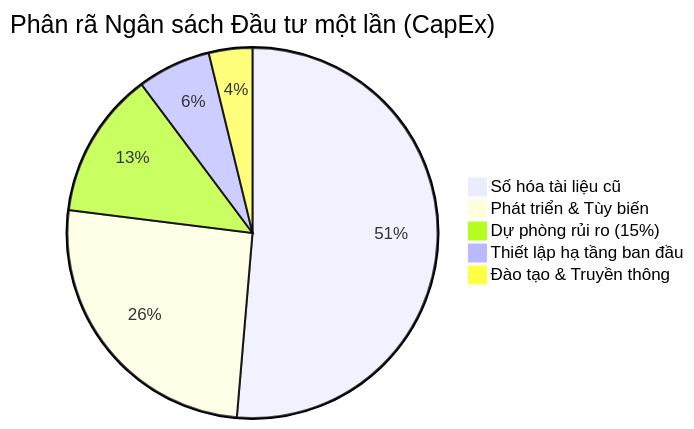
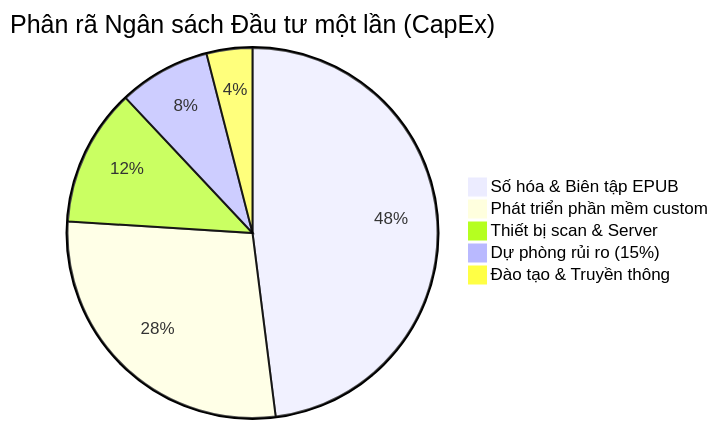
Before and after one commit to se-bros/hcmus-projectmanage--lab: the diagram in docs/images/capex_breakdown.mmd, drawn with Mermaid. The commit also changed other lines of this file and 44 other files, not shown here.

Commit message:
feat: initialize project documentation and agent reference files with accompanying diagrams and PDF exports

```diff
--- a/docs/images/capex_breakdown.mmd
+++ b/docs/images/capex_breakdown.mmd
@@ -1,6 +1,6 @@
 pie title Phân rã Ngân sách Đầu tư một lần (CapEx)
-    "Số hóa tài liệu cũ" : 51.3
-    "Phát triển & Tùy biến" : 25.6
-    "Dự phòng rủi ro (15%)" : 12.8
-    "Thiết lập hạ tầng ban đầu" : 6.4
-    "Đào tạo & Truyền thông" : 3.8
+    "Số hóa & Biên tập EPUB" : 48.0
+    "Phát triển phần mềm custom" : 28.0
+    "Thiết bị scan & Server" : 12.0
+    "Dự phòng rủi ro (15%)" : 8.0
+    "Đào tạo & Truyền thông" : 4.0
```
